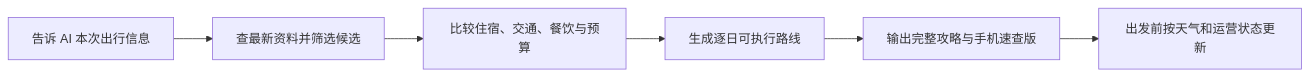
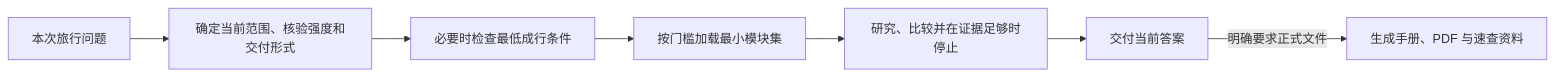
One commit to Lukala23/ai-travel-planning-kit changed the diagram in README.md. Above: the diagram before and after it, drawn with Mermaid. The commit also changed other lines of this file and 65 other files, not shown here.

````diff
--- a/README.md
+++ b/README.md
@@ -38,8 +34,9 @@
 ```mermaid
 flowchart LR
-    A["告诉 AI 本次出行信息"] --> B["查最新资料并筛选候选"]
-    B --> C["比较住宿、交通、餐饮与预算"]
-    C --> D["生成逐日可执行路线"]
-    D --> E["输出完整攻略与手机速查版"]
-    E --> F["出发前按天气和运营状态更新"]
+    A["本次旅行问题"] --> B["确定当前范围、核验强度和交付形式"]
+    B --> C["必要时检查最低成行条件"]
+    C --> D["按门槛加载最小模块集"]
+    D --> E["研究、比较并在证据足够时停止"]
+    E --> F["交付当前答案"]
+    F -->|"明确要求正式文件"| G["生成手册、PDF 与速查资料"]
 ```
````
